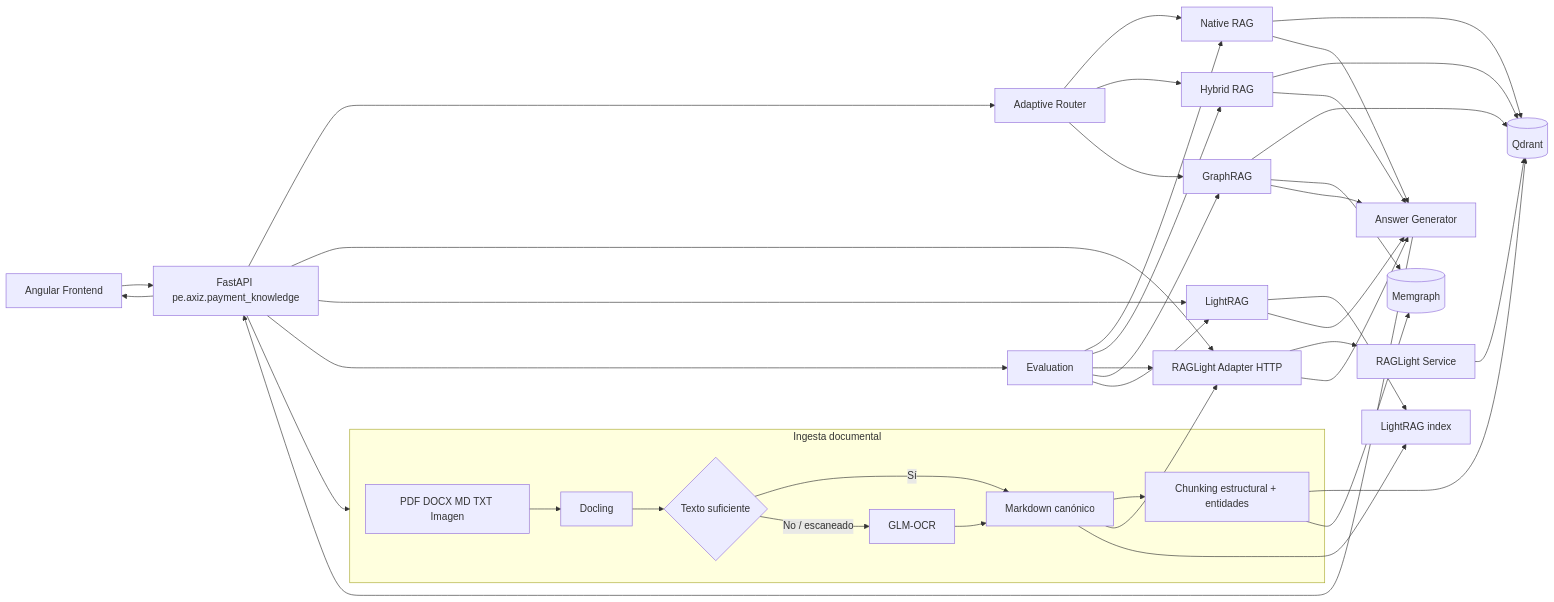
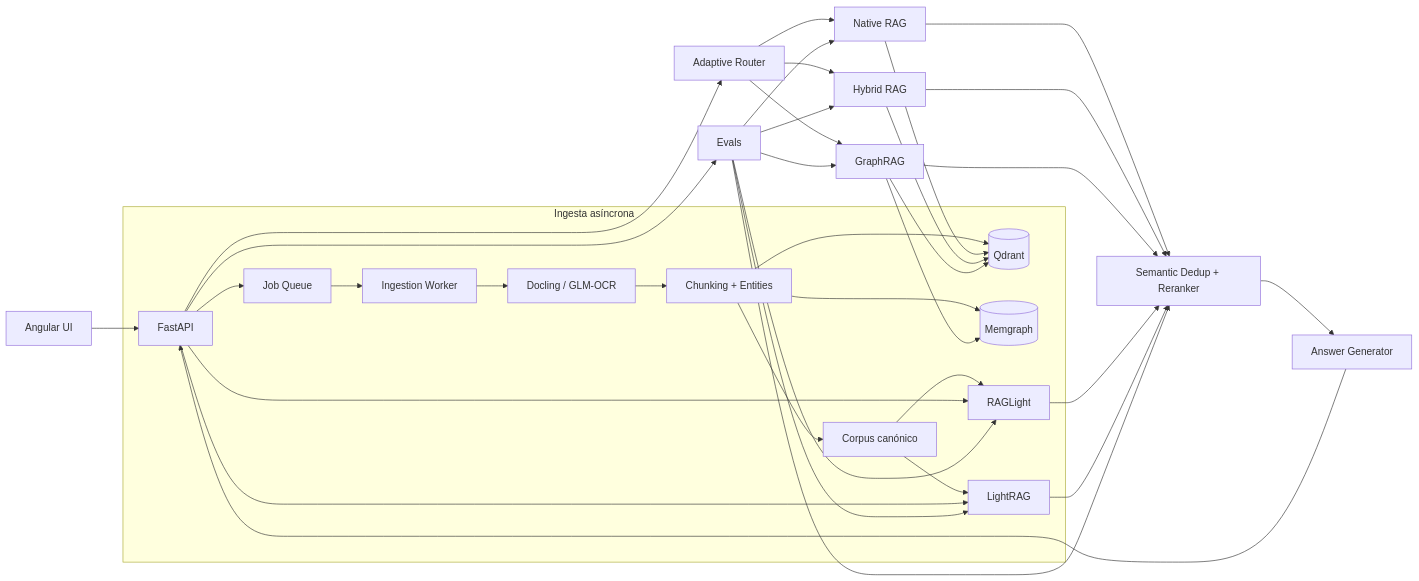
One commit to edgarrth/python-ocr-adaptive-rag changed the diagram in README.md. Above: the diagram before and after it, drawn with Mermaid. The commit also changed other lines of this file and 31 other files, not shown here.

````diff
--- a/README.md
+++ b/README.md
@@ -61,49 +202,44 @@
 ```mermaid
 flowchart LR
-    UI[Angular Frontend] --> API[FastAPI pe.axiz.payment_knowledge]
+    UI[Angular UI] --> API[FastAPI]
 
-    subgraph Ingestion[Ingesta documental]
-      D[PDF DOCX MD TXT Imagen] --> DOC[Docling]
-      DOC --> CHECK{Texto suficiente}
-      CHECK -- Sí --> CAN[Markdown canónico]
-      CHECK -- No / escaneado --> OCR[GLM-OCR]
-      OCR --> CAN
-      CAN --> CH[Chunking estructural + entidades]
+    subgraph AsyncIngestion[Ingesta asíncrona]
+      API --> JOBS[Job Queue]
+      JOBS --> WORKER[Ingestion Worker]
+      WORKER --> DOC[Docling / GLM-OCR]
+      DOC --> CHUNK[Chunking + Entities]
+      CHUNK --> Q[(Qdrant)]
+      CHUNK --> M[(Memgraph)]
+      CHUNK --> CAN[Corpus canónico]
+      CAN --> RL[RAGLight]
+      CAN --> LR[LightRAG]
     end
 
-    API --> Ingestion
-    CH --> Q[(Qdrant)]
-    CH --> M[(Memgraph)]
-    CAN --> RLHTTP[RAGLight Adapter HTTP]
-    RLHTTP --> RLS[RAGLight Service]
-    RLS --> Q
-    CAN --> LR[LightRAG index]
+    API --> ROUTER[Adaptive Router]
+    ROUTER --> NATIVE[Native RAG]
+    ROUTER --> HYBRID[Hybrid RAG]
+    ROUTER --> GRAPH[GraphRAG]
+    API --> RL
+    API --> LR
 
-    API --> ROUTER[Adaptive Router]
-    ROUTER --> NR[Native RAG]
-    ROUTER --> HR[Hybrid RAG]
-    ROUTER --> GR[GraphRAG]
-    API --> RLHTTP
-    API --> LRF[LightRAG]
+    NATIVE --> Q
+    HYBRID --> Q
+    GRAPH --> Q
+    GRAPH --> M
 
-    NR --> Q
-    HR --> Q
-    GR --> Q
-    GR --> M
-    LRF --> LR
+    NATIVE --> POST[Semantic Dedup + Reranker]
+    HYBRID --> POST
+    GRAPH --> POST
+    RL --> POST
+    LR --> POST
+    POST --> GEN[Answer Generator]
+    GEN --> API
 
-    NR --> GEN[Answer Generator]
-    HR --> GEN
-    GR --> GEN
-    RLHTTP --> GEN
-    LRF --> GEN
-    GEN --> API
-    API --> UI
-
-    API --> EV[Evaluation]
-    EV --> NR
-    EV --> HR
-    EV --> RLHTTP
-    EV --> GR
-    EV --> LRF
+    API --> EVAL[Evals]
+    EVAL --> NATIVE
+    EVAL --> HYBRID
+    EVAL --> GRAPH
+    EVAL --> RL
+    EVAL --> LR
+    EVAL --> POST
 ```
````
